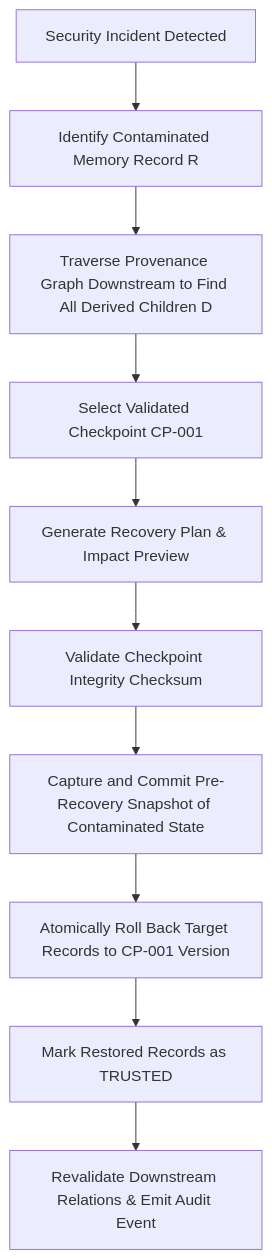
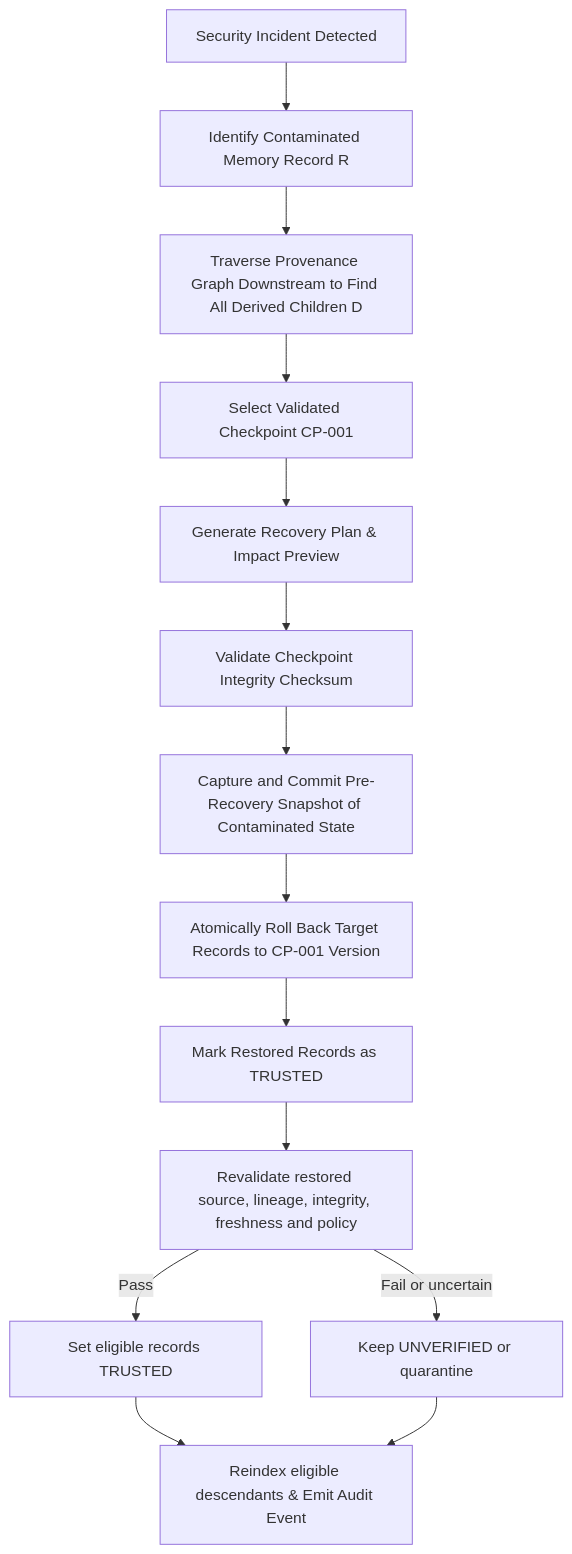
Before and after one commit to 9m2usman/ChronoCongiSec: the third of 3 diagrams in docs/02-TRD-SRS.md, drawn with Mermaid.

Commit message:
docs: clarify Redis fail-closed boundary and recovery trust revalidation

````diff
--- a/docs/02-TRD-SRS.md
+++ b/docs/02-TRD-SRS.md
@@ -401,12 +401,16 @@
 ```mermaid
 graph TD
     Incident[Security Incident Detected] --> Identify[Identify Contaminated Memory Record R]
     Identify --> Traverse[Traverse Provenance Graph Downstream to Find All Derived Children D]
     Traverse --> SelectCP[Select Validated Checkpoint CP-001]
     SelectCP --> Preview[Generate Recovery Plan & Impact Preview]
     Preview --> Validate[Validate Checkpoint Integrity Checksum]
     Validate --> Preserve[Capture and Commit Pre-Recovery Snapshot of Contaminated State]
     Preserve --> Rollback[Atomically Roll Back Target Records to CP-001 Version]
     Rollback --> MarkTrusted[Mark Restored Records as TRUSTED]
-    MarkTrusted --> Reindex[Revalidate Downstream Relations & Emit Audit Event]
+    MarkTrusted --> Revalidate[Revalidate restored source, lineage, integrity, freshness and policy]
+    Revalidate -->|Pass| Trusted[Set eligible records TRUSTED]
+    Revalidate -->|Fail or uncertain| Unverified[Keep UNVERIFIED or quarantine]
+    Trusted --> Reindex[Reindex eligible descendants & Emit Audit Event]
+    Unverified --> Reindex
 ```
````
